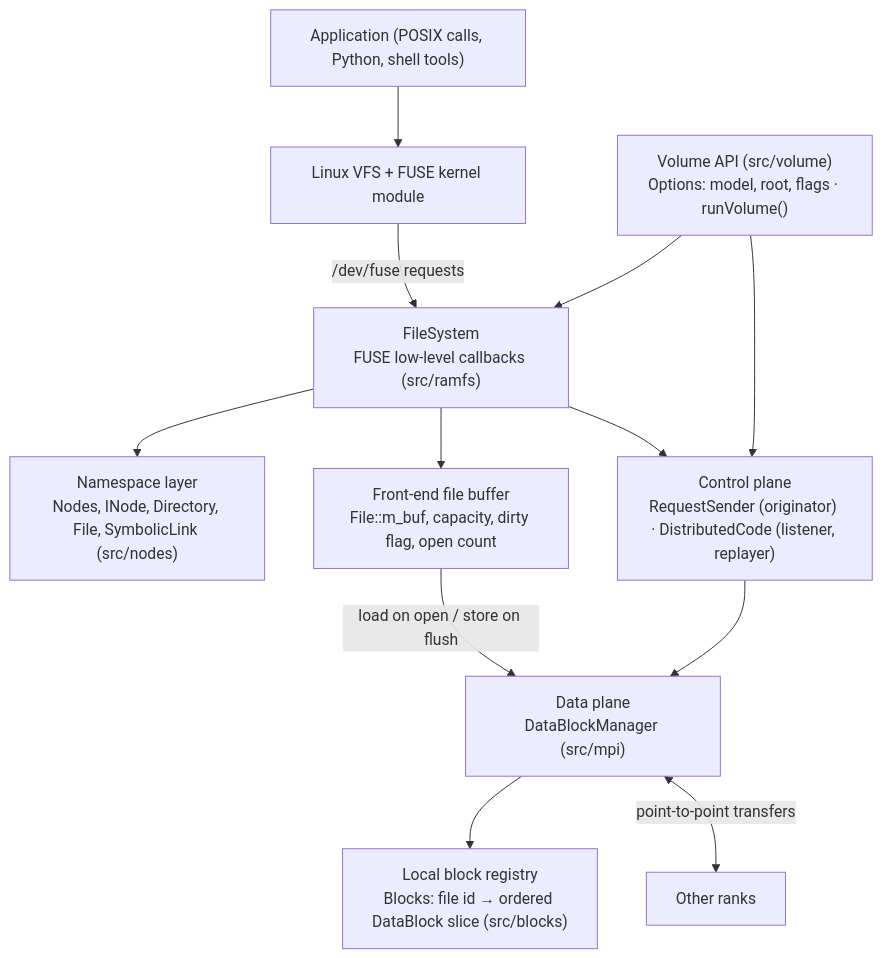
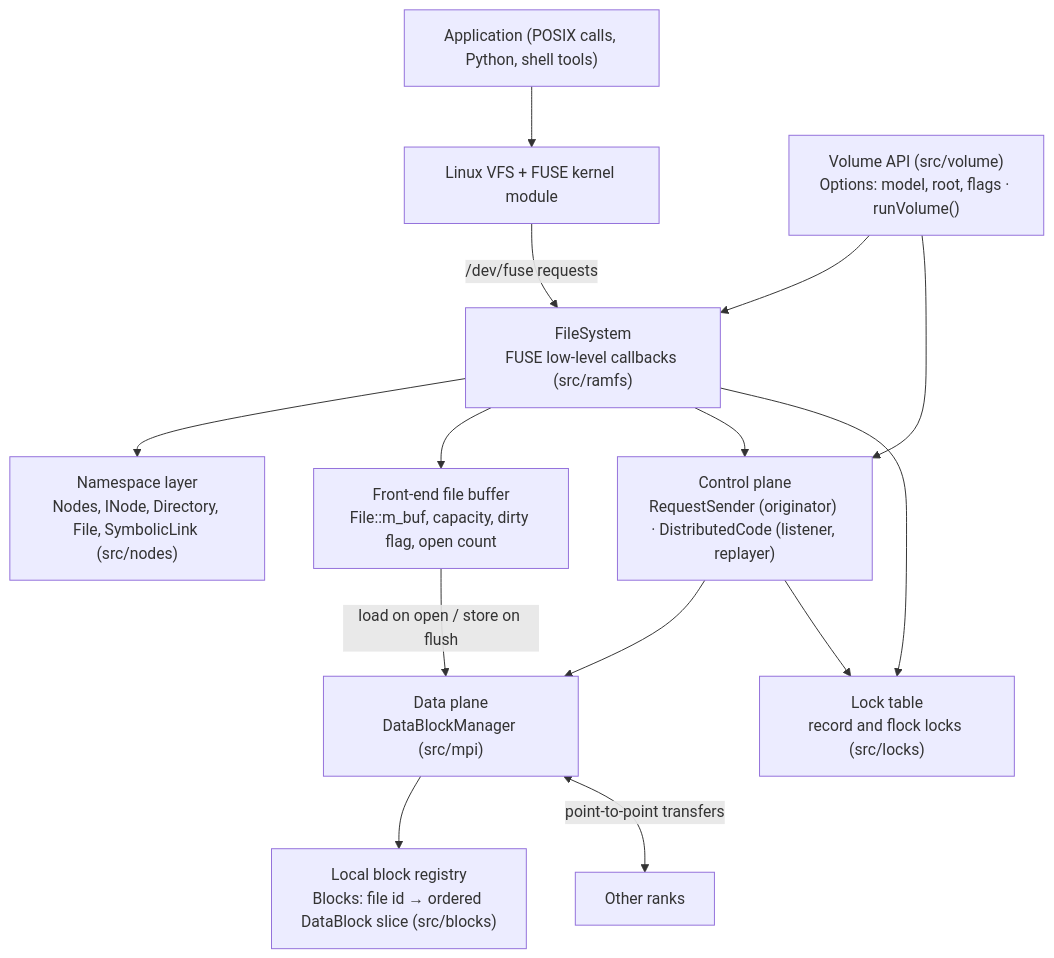
One commit to DagOnStar/DAGonFS changed the second of 5 diagrams in docs/ARCHITECTURE.md. Above: the diagram before and after it, drawn with Mermaid. The commit also changed other lines of this file and 34 other files, not shown here.

````diff
--- a/docs/ARCHITECTURE.md
+++ b/docs/ARCHITECTURE.md
@@ -38,14 +38,16 @@
 ```mermaid
 flowchart TB
     App["Application (POSIX calls, Python, shell tools)"] --> VFS["Linux VFS + FUSE kernel module"]
     VFS -- "/dev/fuse requests" --> FS["FileSystem<br/>FUSE low-level callbacks (src/ramfs)"]
     FS --> NS["Namespace layer<br/>Nodes, INode, Directory, File, SymbolicLink (src/nodes)"]
     FS --> FB["Front-end file buffer<br/>File::m_buf, capacity, dirty flag, open count"]
     FB -- "load on open / store on flush" --> DP["Data plane<br/>DataBlockManager (src/mpi)"]
     DP --> REG["Local block registry<br/>Blocks: file id → ordered DataBlock slice (src/blocks)"]
     DP <-- "point-to-point transfers" --> NET["Other ranks"]
     CP["Control plane<br/>RequestSender (originator) · DistributedCode (listener, replayer)"] --> DP
     FS --> CP
+    FS --> LT["Lock table<br/>record and flock locks (src/locks)"]
+    CP --> LT
     VOL["Volume API (src/volume)<br/>Options: model, root, flags · runVolume()"] --> FS
     VOL --> CP
 ```
````
